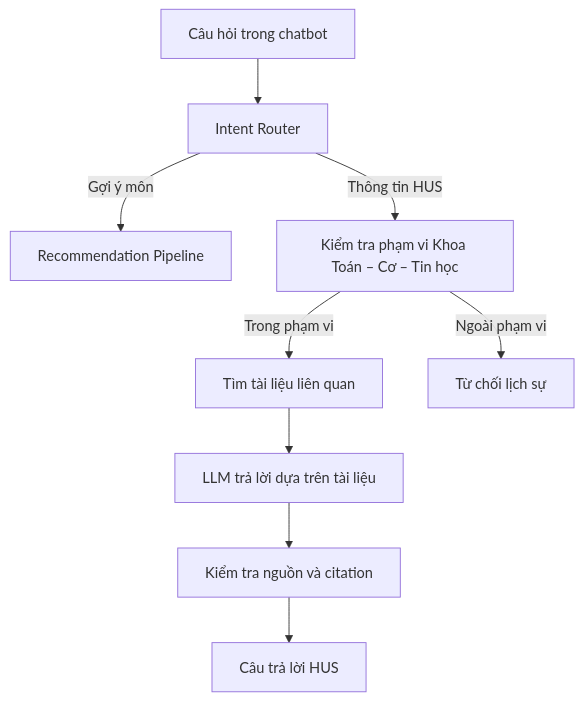
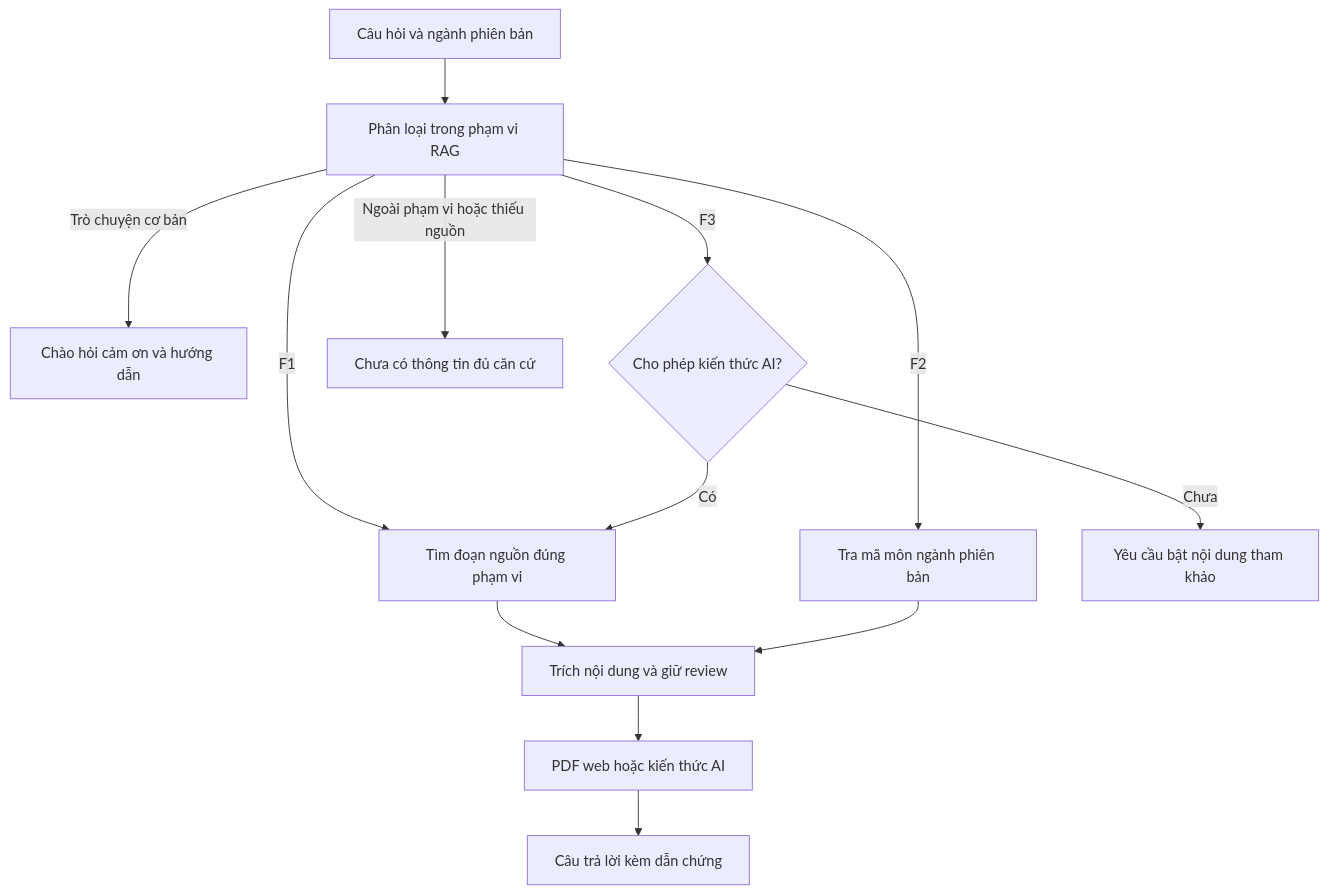
Before and after one commit to 5-Bit-System/SE_Project: the fifth of 6 diagrams in docs/SYSTEM_SPECIFICATION.md, drawn with Mermaid. The commit also changed other lines of this file and 5 other files, not shown here.

Commit message:
docs(hus): align RAG scope and publication handoff

````diff
--- a/docs/SYSTEM_SPECIFICATION.md
+++ b/docs/SYSTEM_SPECIFICATION.md
@@ -370,11 +378,15 @@
 ```mermaid
 flowchart TD
-    Q[Câu hỏi trong chatbot] --> I[Intent Router]
-    I -->|Gợi ý môn| R[Recommendation Pipeline]
-    I -->|Thông tin HUS| S[Kiểm tra phạm vi Khoa Toán – Cơ – Tin học]
-    S -->|Trong phạm vi| RET[Tìm tài liệu liên quan]
-    S -->|Ngoài phạm vi| REFUSE[Từ chối lịch sự]
-    RET --> GEN[LLM trả lời dựa trên tài liệu]
-    GEN --> CITE[Kiểm tra nguồn và citation]
-    CITE --> ANSWER[Câu trả lời HUS]
+    Q[Câu hỏi và ngành phiên bản] --> I[Phân loại trong phạm vi RAG]
+    I -->|Trò chuyện cơ bản| BASIC[Chào hỏi cảm ơn và hướng dẫn]
+    I -->|F1| RET[Tìm đoạn nguồn đúng phạm vi]
+    I -->|F2| LOOKUP[Tra mã môn ngành phiên bản]
+    I -->|F3| OPT{Cho phép kiến thức AI?}
+    OPT -->|Có| RET
+    OPT -->|Chưa| ASK[Yêu cầu bật nội dung tham khảo]
+    I -->|Ngoài phạm vi hoặc thiếu nguồn| MISSING[Chưa có thông tin đủ căn cứ]
+    RET --> EXTRACT[Trích nội dung và giữ review]
+    LOOKUP --> EXTRACT
+    EXTRACT --> CITE[PDF web hoặc kiến thức AI]
+    CITE --> ANSWER[Câu trả lời kèm dẫn chứng]
 ```
````
